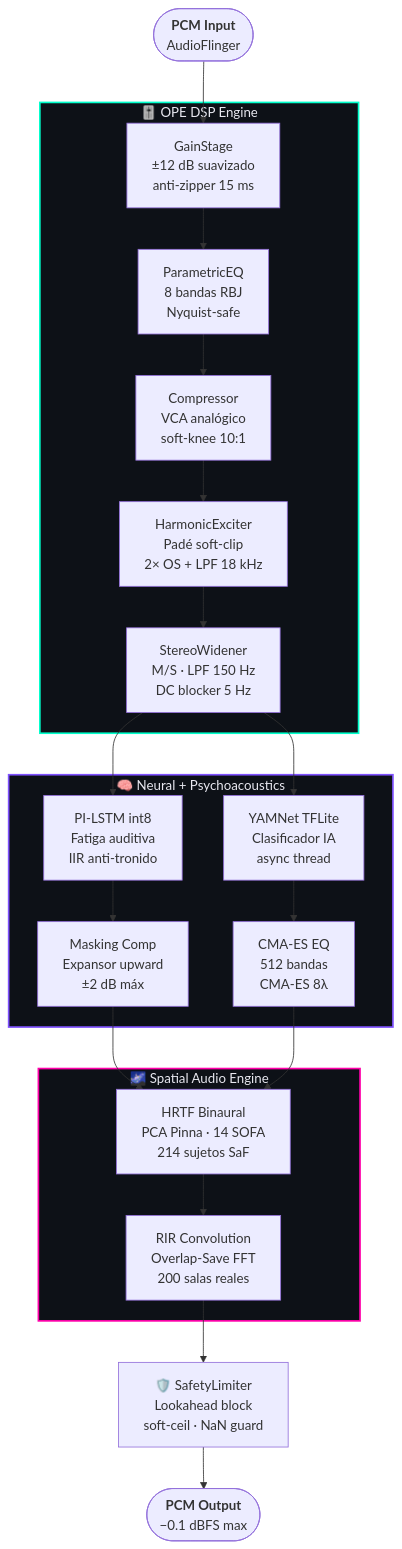
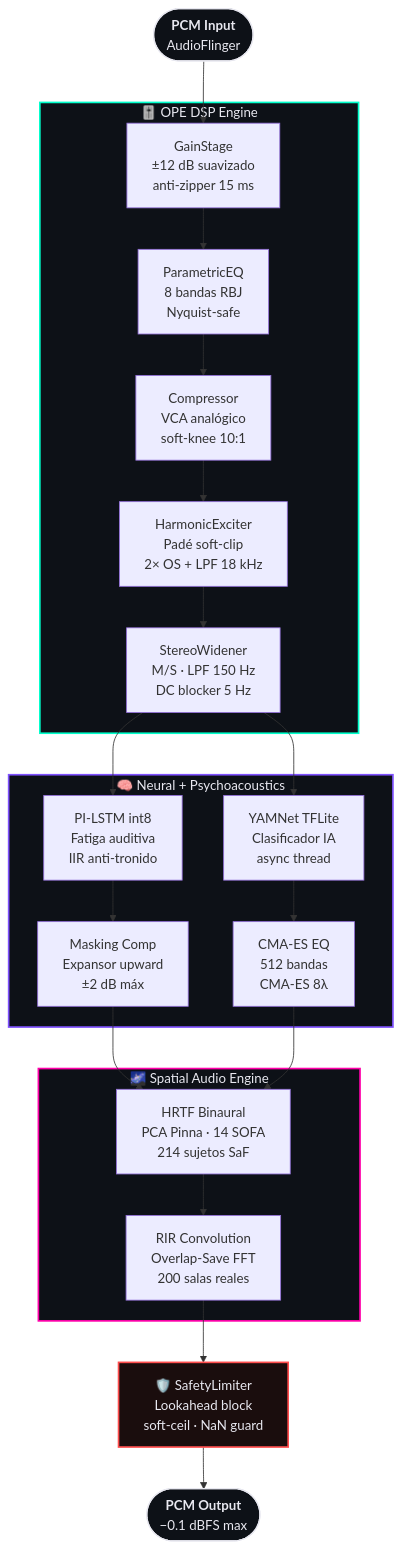
The diagram in README.md (luisurielpimentelperez814-design/IVANNA-OMEGA-SUPREME), drawn with Mermaid before and after one commit. The commit also changed other lines of this file, not shown here.

````diff
--- a/README.md
+++ b/README.md
@@ -56,41 +78,44 @@
 ```mermaid
 flowchart TD
     IN(["`**PCM Input**
     AudioFlinger`"]) --> GS
 
     subgraph DSP ["🎚️  OPE DSP Engine"]
         GS["GainStage\n±12 dB suavizado\nanti-zipper 15 ms"]
         GS --> EQ["ParametricEQ\n8 bandas RBJ\nNyquist-safe"]
         EQ --> CM["Compressor\nVCA analógico\nsoft-knee 10:1"]
         CM --> HE["HarmonicExciter\nPadé soft-clip\n2× OS + LPF 18 kHz"]
         HE --> SW["StereoWidener\nM/S · LPF 150 Hz\nDC blocker 5 Hz"]
     end
 
     subgraph NEURO ["🧠  Neural + Psychoacoustics"]
         LSTM["PI-LSTM int8\nFatiga auditiva\nIIR anti-tronido"]
         MASK["Masking Comp\nExpansor upward\n±2 dB máx"]
         YAMNET["YAMNet TFLite\nClasificador IA\nasync thread"]
         CMA["CMA-ES EQ\n512 bandas\nCMA-ES 8λ"]
     end
 
     subgraph SPATIAL ["🌌  Spatial Audio Engine"]
         HRTF["HRTF Binaural\nPCA Pinna · 14 SOFA\n214 sujetos SaF"]
         RIR["RIR Convolution\nOverlap-Save FFT\n200 salas reales"]
     end
 
     SW --> LSTM
     SW --> YAMNET
     YAMNET --> CMA
     LSTM --> MASK
     MASK --> HRTF
     CMA --> HRTF
     HRTF --> RIR
 
     RIR --> SL["🛡️ SafetyLimiter\nLookahead block\nsoft-ceil · NaN guard"]
     SL --> OUT(["`**PCM Output**
     −0.1 dBFS max`"])
 
+    style IN fill:#0d1117,stroke:#e8e8f0,stroke-width:1.5px,color:#e8e8f0
+    style OUT fill:#0d1117,stroke:#e8e8f0,stroke-width:1.5px,color:#e8e8f0
     style DSP fill:#0d1117,stroke:#00FFCC,stroke-width:2px,color:#e8e8f0
     style NEURO fill:#0d1117,stroke:#7F52FF,stroke-width:2px,color:#e8e8f0
     style SPATIAL fill:#0d1117,stroke:#FF00AA,stroke-width:2px,color:#e8e8f0
+    style SL fill:#1a0d0d,stroke:#FF4D4D,stroke-width:2px,color:#e8e8f0
 ```
````
